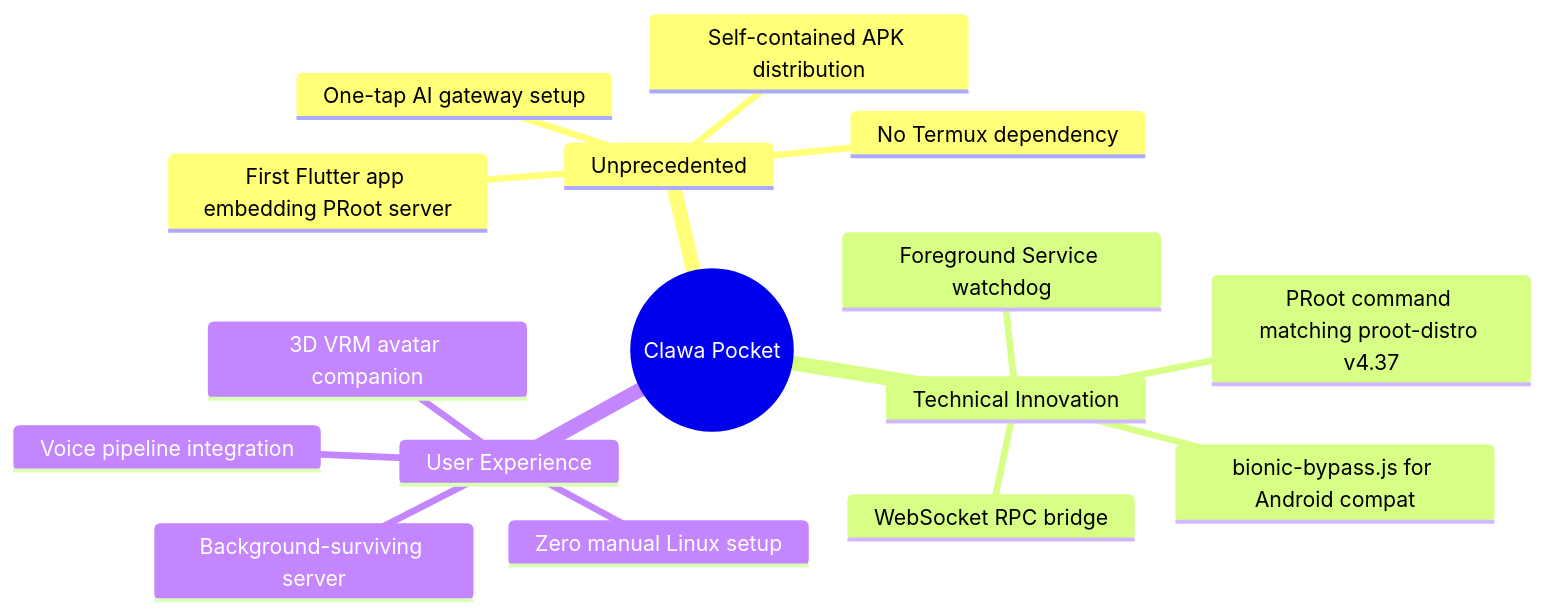
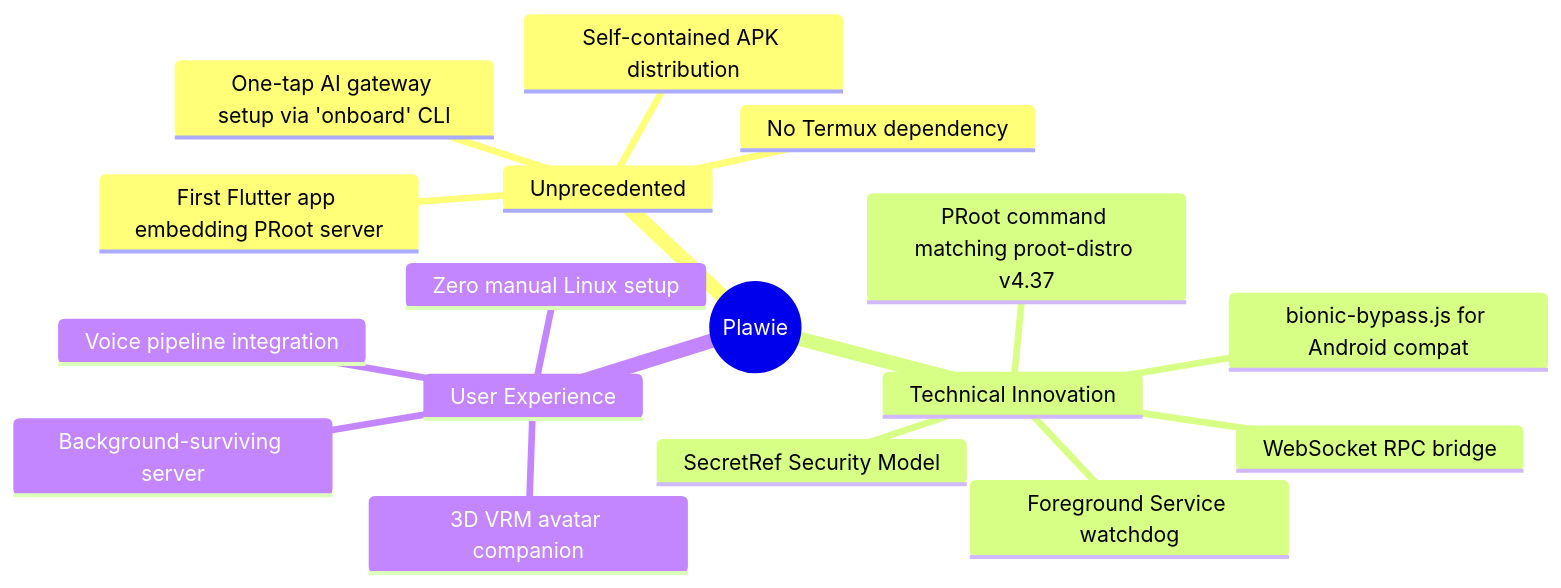
One commit to vmbbz/plawie changed the second of 5 diagrams in ARCHITECTURE_REPORT.md. Above: the diagram before and after it, drawn with Mermaid. The commit also changed other lines of this file and 5 other files, not shown here.

````diff
--- a/ARCHITECTURE_REPORT.md
+++ b/ARCHITECTURE_REPORT.md
@@ -91,19 +102,20 @@
 ```mermaid
 mindmap
-  root((Clawa Pocket))
+  root((Plawie))
     Unprecedented
       First Flutter app embedding PRoot server
-      One-tap AI gateway setup
+      One-tap AI gateway setup via 'onboard' CLI
       No Termux dependency
       Self-contained APK distribution
     Technical Innovation
+      SecretRef Security Model
       PRoot command matching proot-distro v4.37
       bionic-bypass.js for Android compat
       Foreground Service watchdog
       WebSocket RPC bridge
     User Experience
       Zero manual Linux setup
       Background-surviving server
       3D VRM avatar companion
       Voice pipeline integration
 ```
````
